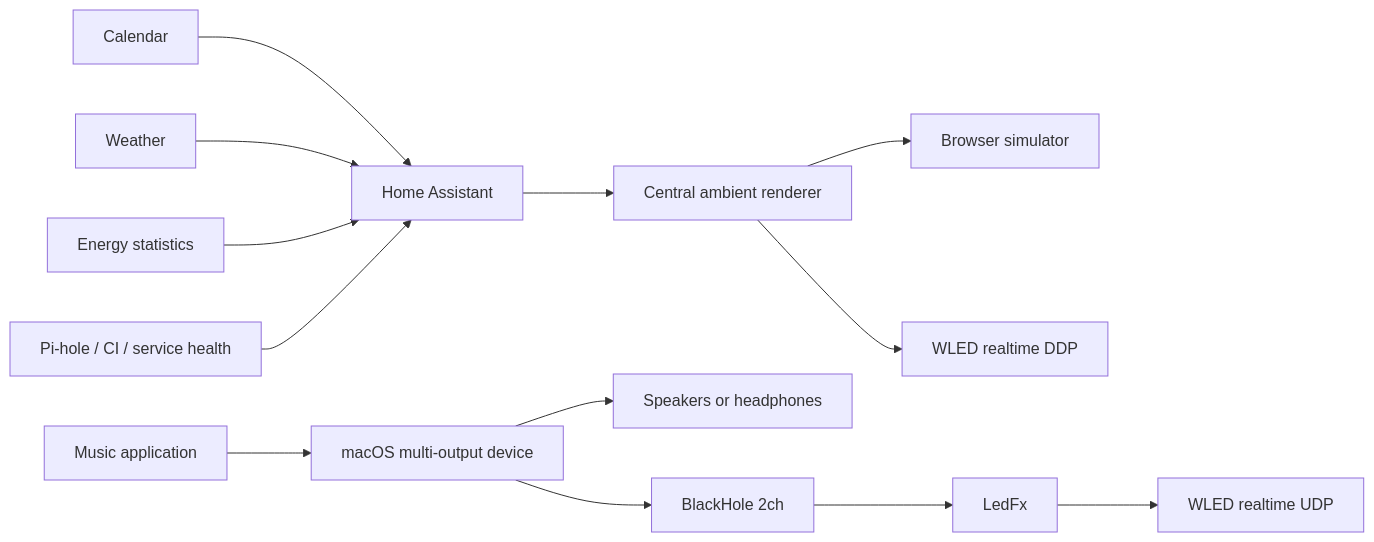
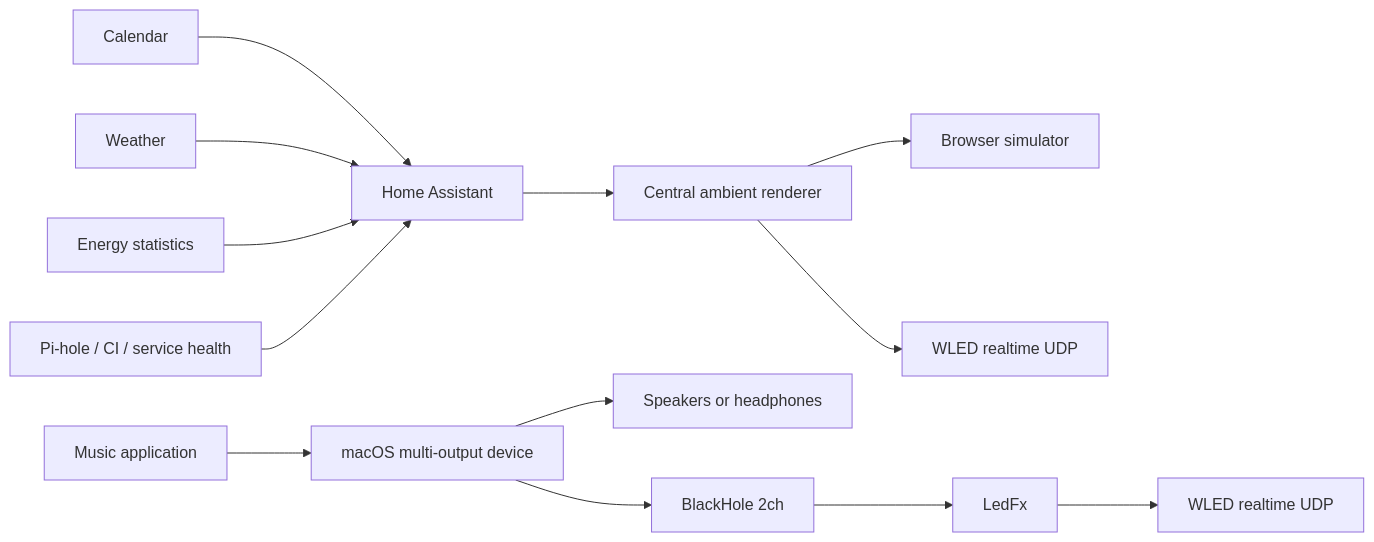
One commit to MichaelVoth/ambient-wled-display changed the diagram in README.md. Above: the diagram before and after it, drawn with Mermaid. The commit also changed other lines of this file and 10 other files, not shown here.

Commit message:
Fix WLED realtime rendering performance

````diff
--- a/README.md
+++ b/README.md
@@ -42,15 +43,15 @@
 ```mermaid
 flowchart LR
   HA["Home Assistant"] --> Controller["Central ambient renderer"]
   Calendar["Calendar"] --> HA
   Weather["Weather"] --> HA
   Energy["Energy statistics"] --> HA
   Health["Pi-hole / CI / service health"] --> HA
   Controller --> Preview["Browser simulator"]
-  Controller --> API["WLED realtime DDP"]
+  Controller --> API["WLED realtime UDP"]
   Music["Music application"] --> Multi["macOS multi-output device"]
   Multi --> Speakers["Speakers or headphones"]
   Multi --> BlackHole["BlackHole 2ch"]
   BlackHole --> LedFx["LedFx"]
   LedFx --> Realtime["WLED realtime UDP"]
 ```
````
